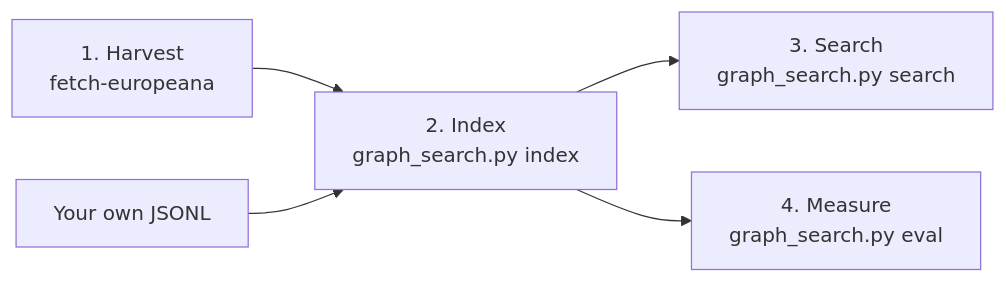
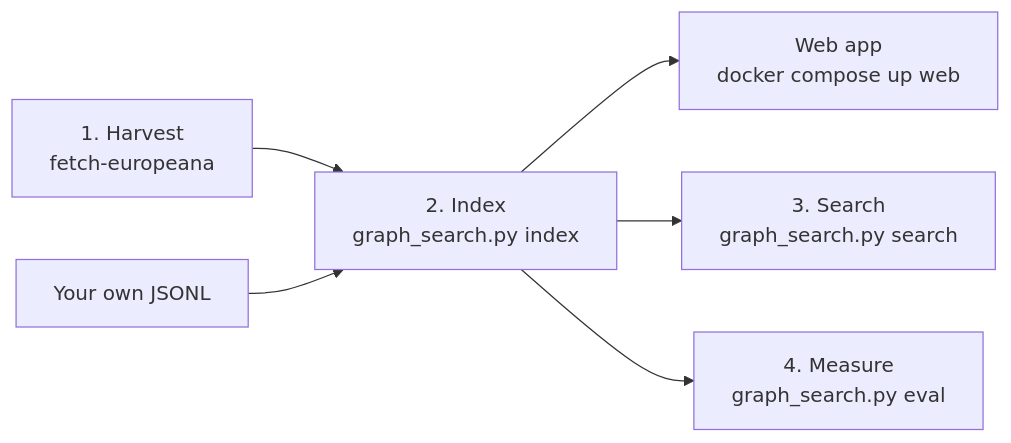
Before and after one commit to teamworxAI/campus-ai: the diagram in docs/user_guide.md, drawn with Mermaid. The commit also changed other lines of this file and 4 other files, not shown here.

First line of the commit message:
Document the collections search API and web app

````diff
--- a/docs/user_guide.md
+++ b/docs/user_guide.md
@@ -10,7 +10,8 @@
 ```mermaid
 flowchart LR
     A[1. Harvest<br/>fetch-europeana] --> B[2. Index<br/>graph_search.py index]
+    B --> W[Web app<br/>docker compose up web]
     B --> C[3. Search<br/>graph_search.py search]
     B --> D[4. Measure<br/>graph_search.py eval]
     S[Your own JSONL] --> B
 ```
````
